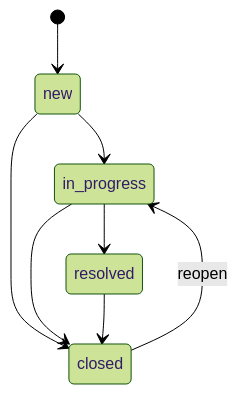
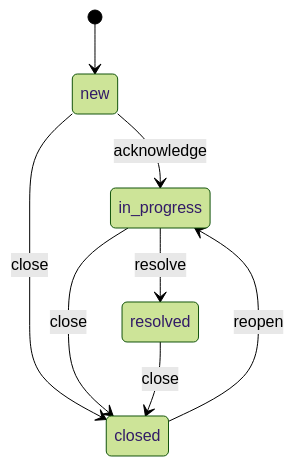
One commit to refractionPOINT/documentation changed the diagram in docs/5-integrations/extensions/limacharlie/cases.md. Above: the diagram before and after it, drawn with Mermaid (forest theme). The commit also changed other lines of this file and 4 other files, not shown here.

````diff
--- a/docs/5-integrations/extensions/limacharlie/cases.md
+++ b/docs/5-integrations/extensions/limacharlie/cases.md
@@ -53,10 +53,10 @@
 ```mermaid
 stateDiagram-v2
     [*] --> new
-    new --> in_progress
-    new --> closed
-    in_progress --> resolved
-    in_progress --> closed
-    resolved --> closed
+    new --> in_progress: acknowledge
+    new --> closed: close
+    in_progress --> resolved: resolve
+    in_progress --> closed: close
+    resolved --> closed: close
     closed --> in_progress: reopen
 ```
````
